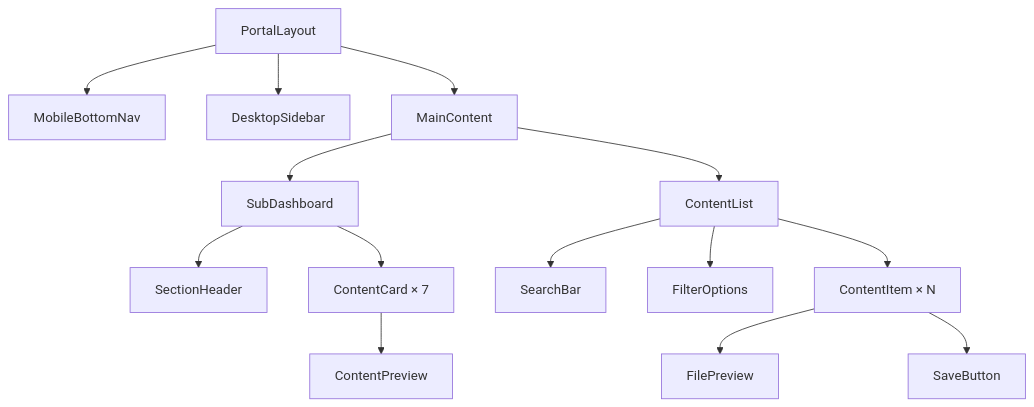
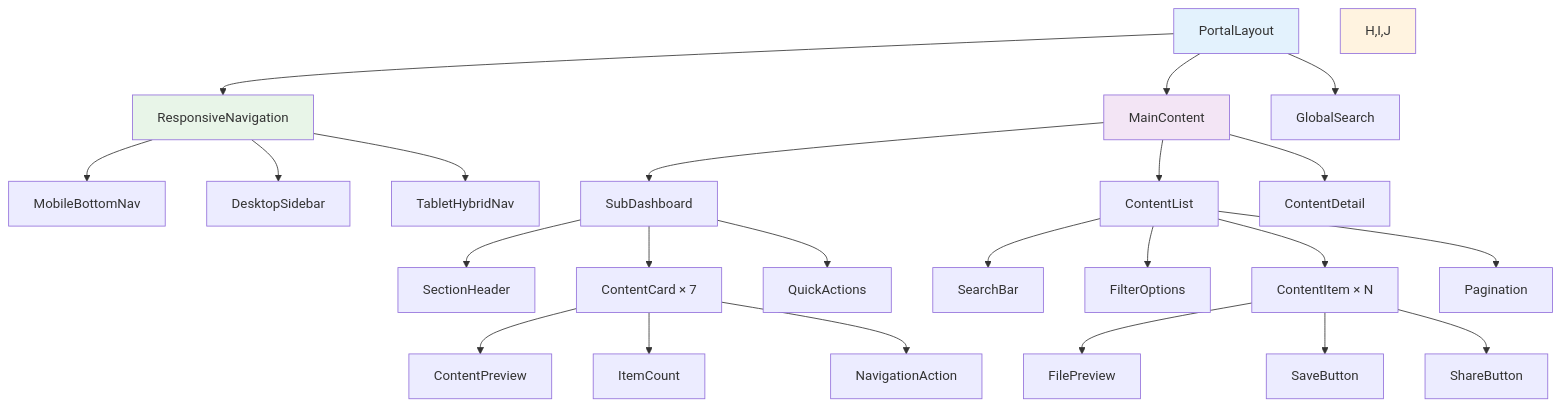
Diagram 13 of 31 in docs/patient-portal-mobile-first-redesign-prd.md (Justy6674/DSWebsite_next.js), drawn with Mermaid before and after one commit. The commit also changed other lines of this file, not shown here.

First line of the commit message:
fix: Complete Patient Portal PRD with comprehensive mermaid diagrams

````diff
--- a/docs/patient-portal-mobile-first-redesign-prd.md
+++ b/docs/patient-portal-mobile-first-redesign-prd.md
@@ -376,20 +391,36 @@
 ```mermaid
 graph TD
-    A[PortalLayout] --> B[MobileBottomNav]
-    A --> C[DesktopSidebar]
-    A --> D[MainContent]
+    A[PortalLayout] --> B[ResponsiveNavigation]
+    A --> C[MainContent]
+    A --> D[GlobalSearch]
 
-    D --> E[SubDashboard]
-    D --> F[ContentList]
+    B --> E[MobileBottomNav]
+    B --> F[DesktopSidebar]
+    B --> G[TabletHybridNav]
 
-    E --> G[SectionHeader]
-    E --> H[ContentCard × 7]
+    C --> H[SubDashboard]
+    C --> I[ContentList]
+    C --> J[ContentDetail]
 
-    F --> I[SearchBar]
-    F --> J[FilterOptions]
-    F --> K[ContentItem × N]
+    H --> K[SectionHeader]
+    H --> L[ContentCard × 7]
+    H --> M[QuickActions]
 
-    H --> L[ContentPreview]
-    K --> M[FilePreview]
-    K --> N[SaveButton]
+    I --> N[SearchBar]
+    I --> O[FilterOptions]
+    I --> P[ContentItem × N]
+    I --> Q[Pagination]
+
+    L --> R[ContentPreview]
+    L --> S[ItemCount]
+    L --> T[NavigationAction]
+
+    P --> U[FilePreview]
+    P --> V[SaveButton]
+    P --> W[ShareButton]
+
+    style A fill:#e3f2fd
+    style B fill:#e8f5e8
+    style C fill:#f3e5f5
+    style H,I,J fill:#fff3e0
 ```
````
